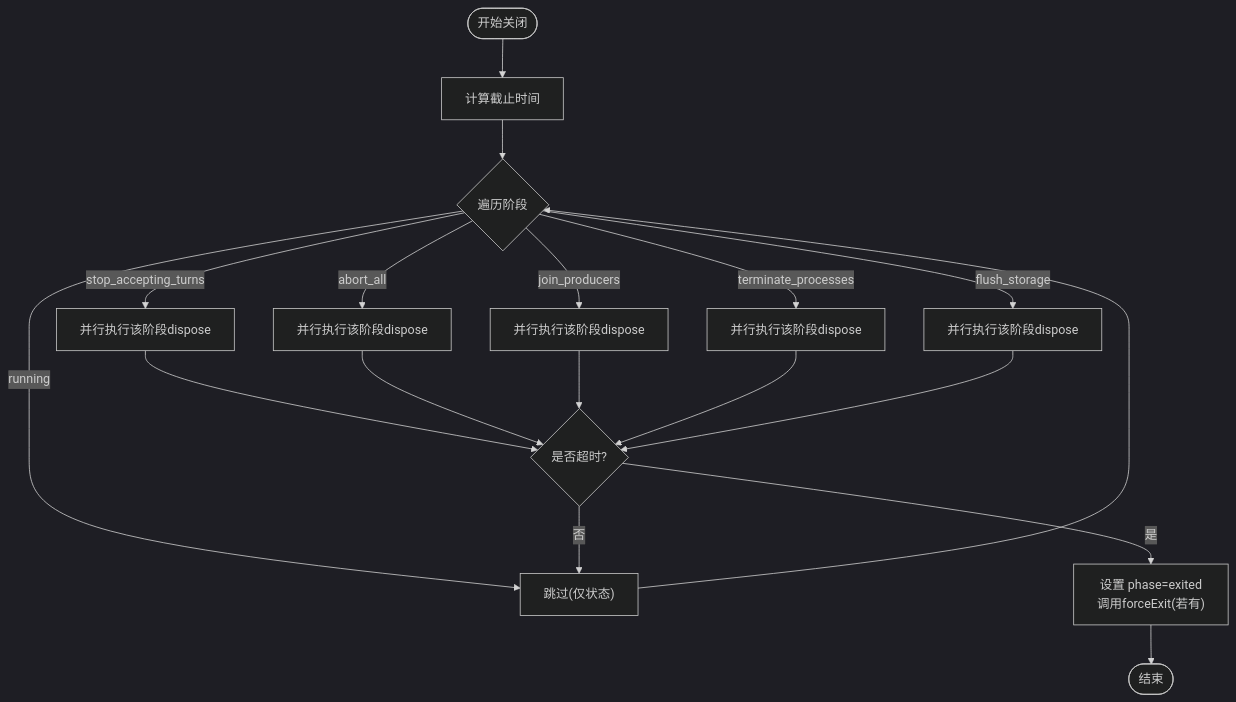
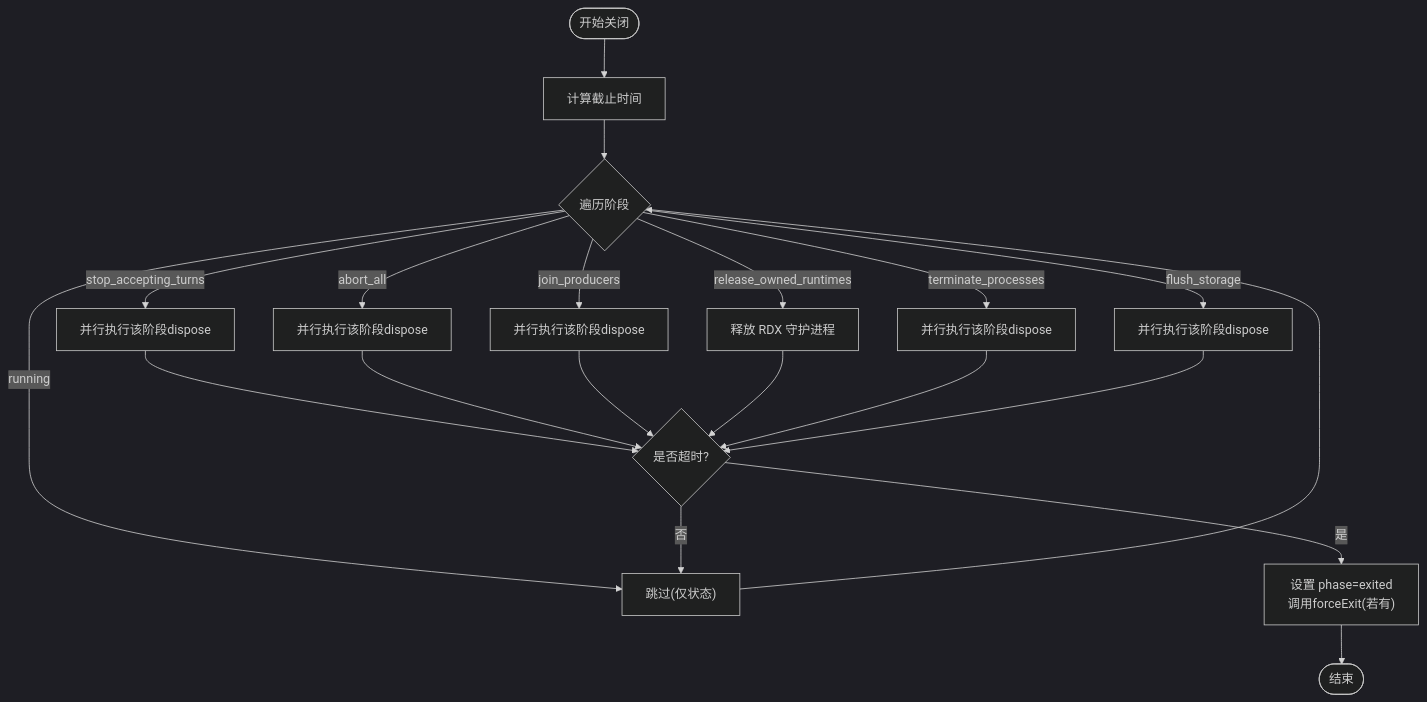
The third of 8 diagrams in .qoder/repowiki/zh/content/架构设计/主进程架构/生命周期管理.md (haolange/RDC-Agent), drawn with Mermaid (dark theme) before and after one commit. The commit also changed other lines of this file and 28 other files, not shown here.

````diff
--- a/.qoder/repowiki/zh/content/架构设计/主进程架构/生命周期管理.md
+++ b/.qoder/repowiki/zh/content/架构设计/主进程架构/生命周期管理.md
@@ -119,20 +146,22 @@
 ```mermaid
 flowchart TD
 Start(["开始关闭"]) --> SetDeadline["计算截止时间"]
 SetDeadline --> ForEachPhase{"遍历阶段"}
 ForEachPhase --> |running| Next["跳过(仅状态)"]
 ForEachPhase --> |stop_accepting_turns| RunStop["并行执行该阶段dispose"]
 ForEachPhase --> |abort_all| RunAbort["并行执行该阶段dispose"]
 ForEachPhase --> |join_producers| RunJoin["并行执行该阶段dispose"]
+ForEachPhase --> |release_owned_runtimes| RunRelease["释放 RDX 守护进程"]
 ForEachPhase --> |terminate_processes| RunTerm["并行执行该阶段dispose"]
 ForEachPhase --> |flush_storage| RunFlush["并行执行该阶段dispose"]
 RunStop --> CheckTime{"是否超时?"}
 RunAbort --> CheckTime
 RunJoin --> CheckTime
+RunRelease --> CheckTime
 RunTerm --> CheckTime
 RunFlush --> CheckTime
 CheckTime --> |否| Next
 CheckTime --> |是| ForceExit["设置 phase=exited<br/>调用forceExit(若有)"]
 Next --> ForEachPhase
 ForceExit --> End(["结束"])
 ```
````
